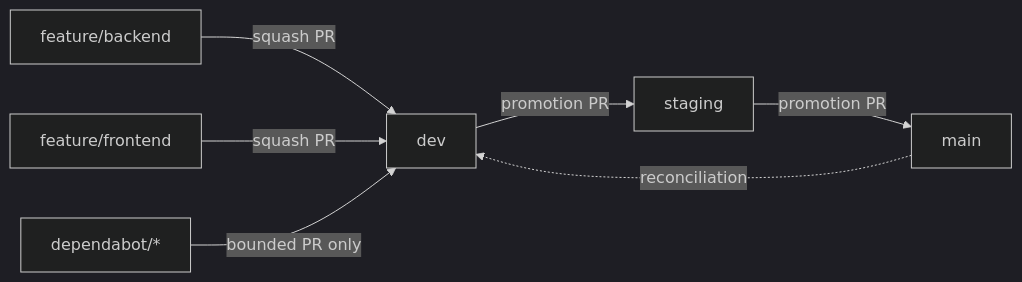
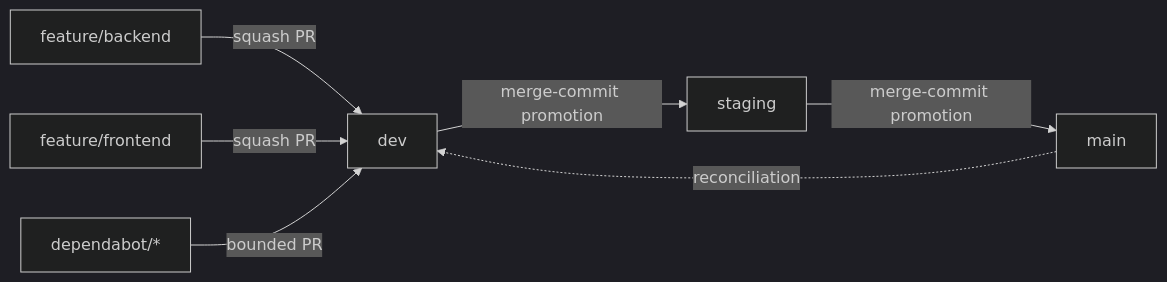
One commit to MAPLEIZER/Cloud-X-MVP changed the sixth of 6 diagrams in README.md. Above: the diagram before and after it, drawn with Mermaid (dark theme). The commit also changed other lines of this file, not shown here.

````diff
--- a/README.md
+++ b/README.md
@@ -214,10 +334,9 @@
 ```mermaid
 flowchart LR
     BE["feature/backend"] -->|squash PR| DEV["dev"]
     FE["feature/frontend"] -->|squash PR| DEV
-    DEV -->|promotion PR| STG["staging"]
-    STG -->|promotion PR| MAIN["main"]
+    DEV -->|merge-commit promotion| STG["staging"]
+    STG -->|merge-commit promotion| MAIN["main"]
     MAIN -. reconciliation .-> DEV
-
-    DEP["dependabot/*"] -->|bounded PR only| DEV
+    DEP["dependabot/*"] -->|bounded PR| DEV
 ```
````
